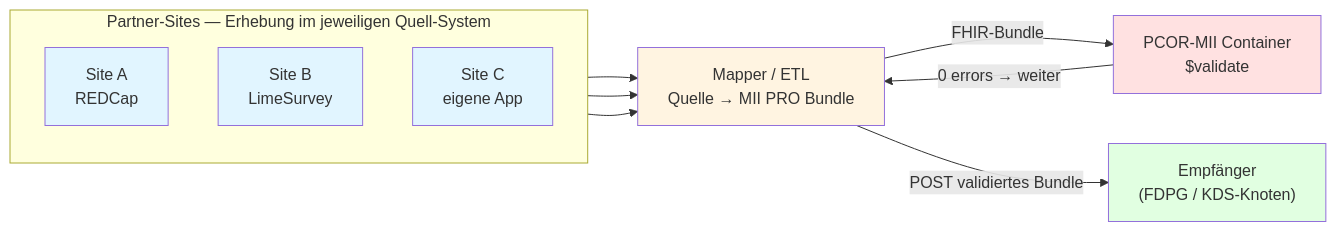
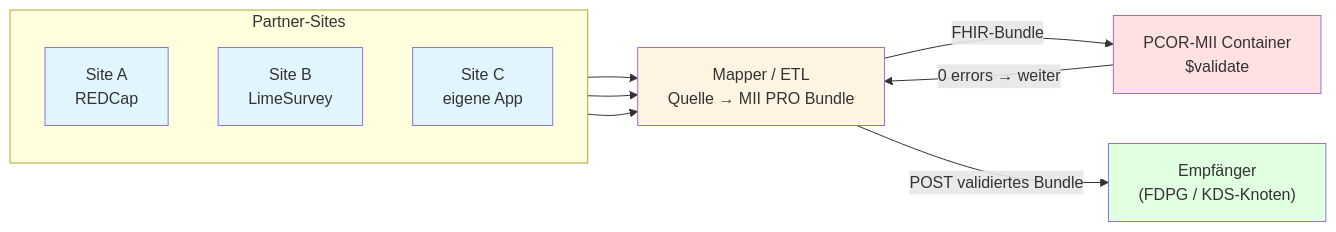
Before and after one commit to BIH-CEI/PCOR-MII: the second of 2 diagrams in input/pagecontent/Bereitstellung.md, drawn with Mermaid. The commit also changed other lines of this file, not shown here.

````diff
--- a/input/pagecontent/Bereitstellung.md
+++ b/input/pagecontent/Bereitstellung.md
@@ -92,29 +45,27 @@
 ```mermaid
 flowchart LR
-    subgraph Sites ["Partner-Sites — Erhebung im jeweiligen Quell-System"]
+    subgraph Sites ["Partner-Sites"]
         direction TB
         SiteA["Site A<br/>REDCap"]
         SiteB["Site B<br/>LimeSurvey"]
         SiteC["Site C<br/>eigene App"]
     end
 
     Mapper["Mapper / ETL<br/>Quelle → MII PRO Bundle"]
-
     Validator["PCOR-MII Container<br/>$validate"]
-
     FDPG["Empfänger<br/>(FDPG / KDS-Knoten)"]
 
     SiteA --> Mapper
     SiteB --> Mapper
     SiteC --> Mapper
     Mapper -->|"FHIR-Bundle"| Validator
     Validator -->|"0 errors → weiter"| Mapper
     Mapper -->|"POST validiertes Bundle"| FDPG
 
     style SiteA fill:#e1f5ff
     style SiteB fill:#e1f5ff
     style SiteC fill:#e1f5ff
     style Mapper fill:#fff4e1
     style Validator fill:#ffe1e1
     style FDPG fill:#e1ffe1
 ```
````
